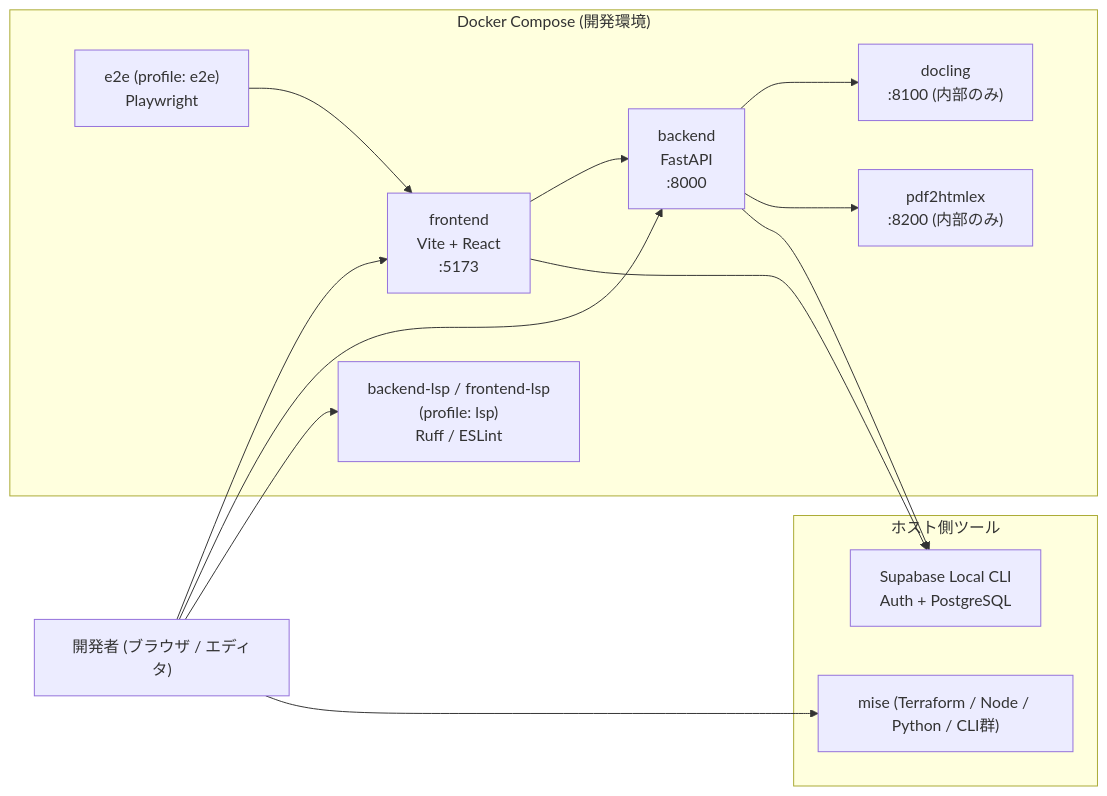
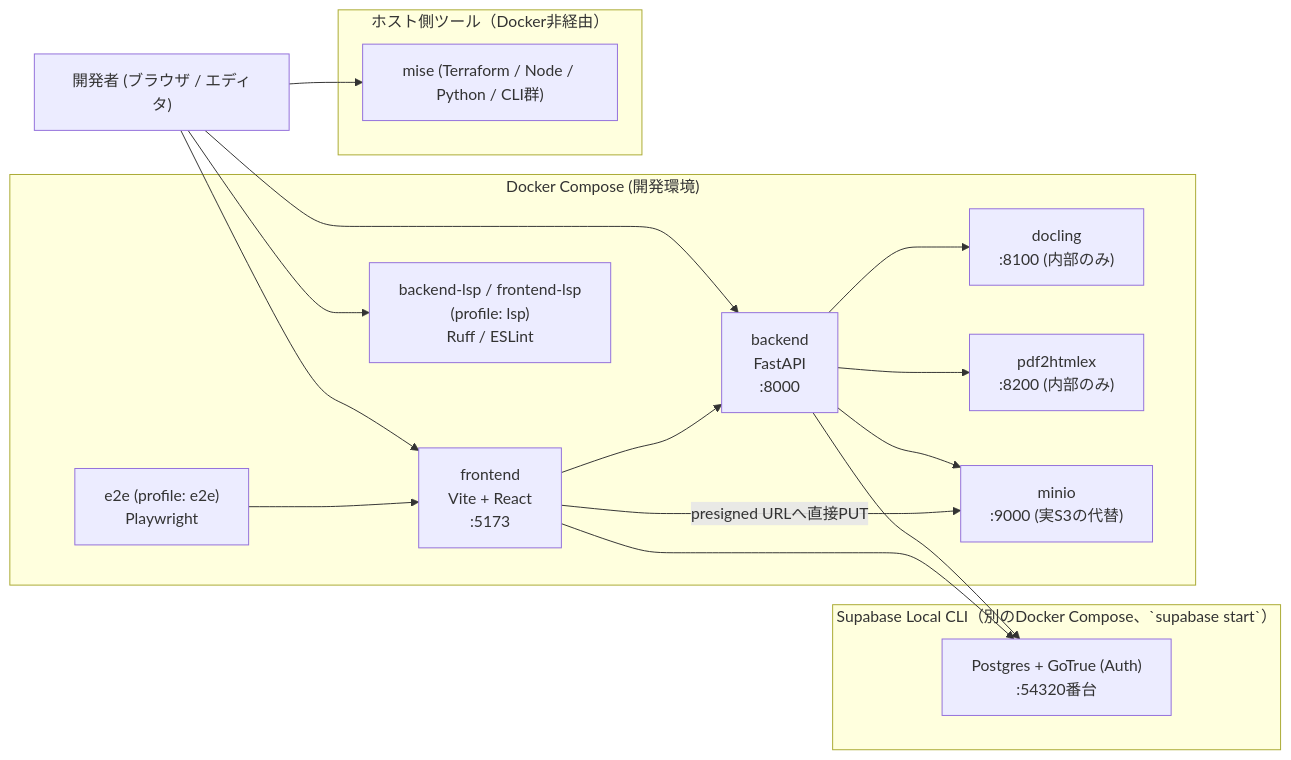
Before and after one commit to EisukeHishikawa/adapt-sheet: the second of 8 diagrams in docs/architecture.md, drawn with Mermaid. The commit also changed other lines of this file and 3 other files, not shown here.

````diff
--- a/docs/architecture.md
+++ b/docs/architecture.md
@@ -63,29 +63,35 @@
 ```mermaid
 flowchart LR
     Dev["開発者 (ブラウザ / エディタ)"]
 
     subgraph Compose["Docker Compose (開発環境)"]
         FE["frontend<br/>Vite + React<br/>:5173"]
         BE["backend<br/>FastAPI<br/>:8000"]
         DL["docling<br/>:8100 (内部のみ)"]
         PH["pdf2htmlex<br/>:8200 (内部のみ)"]
+        MinIO["minio<br/>:9000 (実S3の代替)"]
         E2E["e2e (profile: e2e)<br/>Playwright"]
         LSP["backend-lsp / frontend-lsp<br/>(profile: lsp)<br/>Ruff / ESLint"]
     end
 
-    subgraph Host["ホスト側ツール"]
-        SB["Supabase Local CLI<br/>Auth + PostgreSQL"]
+    subgraph SupaCompose["Supabase Local CLI（別のDocker Compose、`supabase start`）"]
+        SB["Postgres + GoTrue (Auth)<br/>:54320番台"]
+    end
+
+    subgraph Host["ホスト側ツール（Docker非経由）"]
         Mise["mise (Terraform / Node / Python / CLI群)"]
     end
 
     Dev --> FE
     Dev --> BE
     Dev --> LSP
     FE --> BE
     BE --> DL
     BE --> PH
+    BE --> MinIO
+    FE -->|"presigned URLへ直接PUT"| MinIO
     BE --> SB
     FE --> SB
     E2E --> FE
     Dev --> Mise
 ```
````
